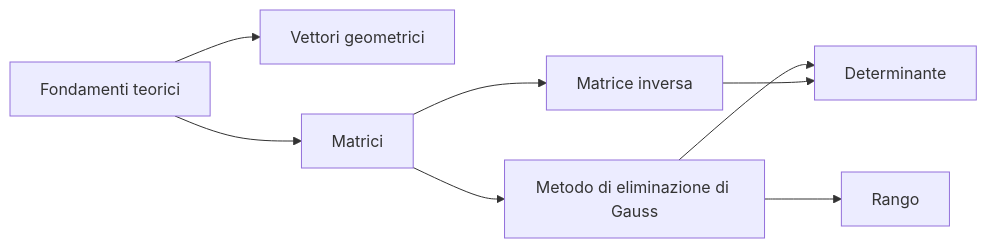
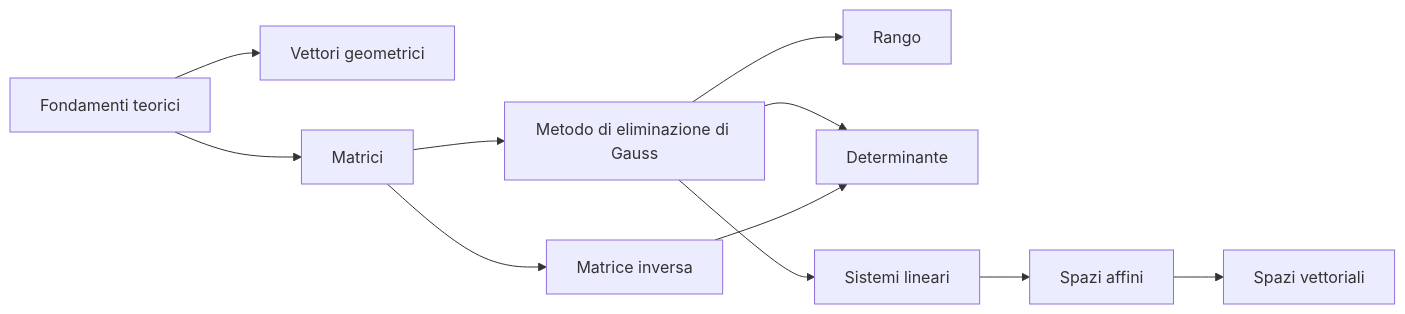
One commit to rikytomasoni-pixel/Studio changed the diagram in 2026-2027/20_Geometria_Algebra_Lineare/00_MOC_GAL.md. Above: the diagram before and after it, drawn with Mermaid. The commit also changed other lines of this file and 75 other files, not shown here.

````diff
--- a/2026-2027/20_Geometria_Algebra_Lineare/00_MOC_GAL.md
+++ b/2026-2027/20_Geometria_Algebra_Lineare/00_MOC_GAL.md
@@ -12,10 +12,13 @@
 ```mermaid
 flowchart LR
     A[Fondamenti teorici] --> B[Vettori geometrici]
     A --> C[Matrici]
     C --> D[Matrice inversa]
     C --> E[Metodo di eliminazione di Gauss]
     E --> F[Rango]
     E --> G[Determinante]
     D --> G
+    E --> H[Sistemi lineari]
+    H --> I[Spazi affini]
+    I --> J[Spazi vettoriali]
 ```
````
